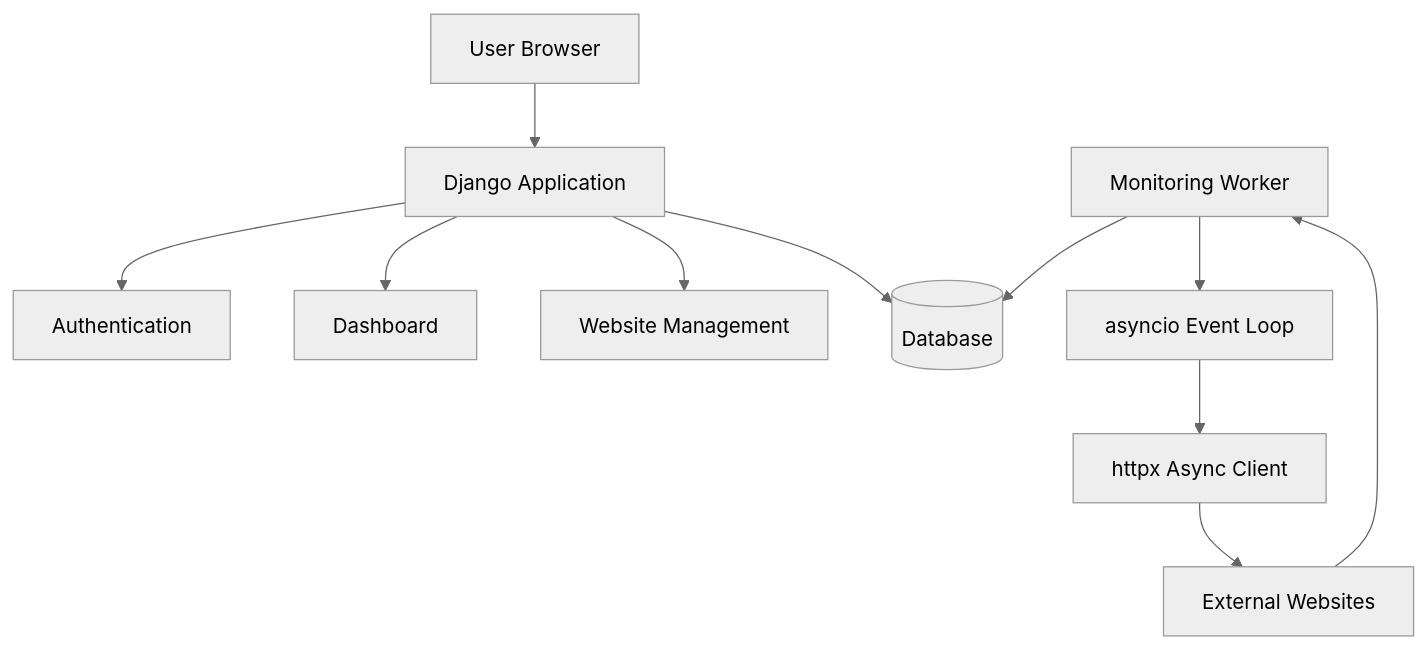
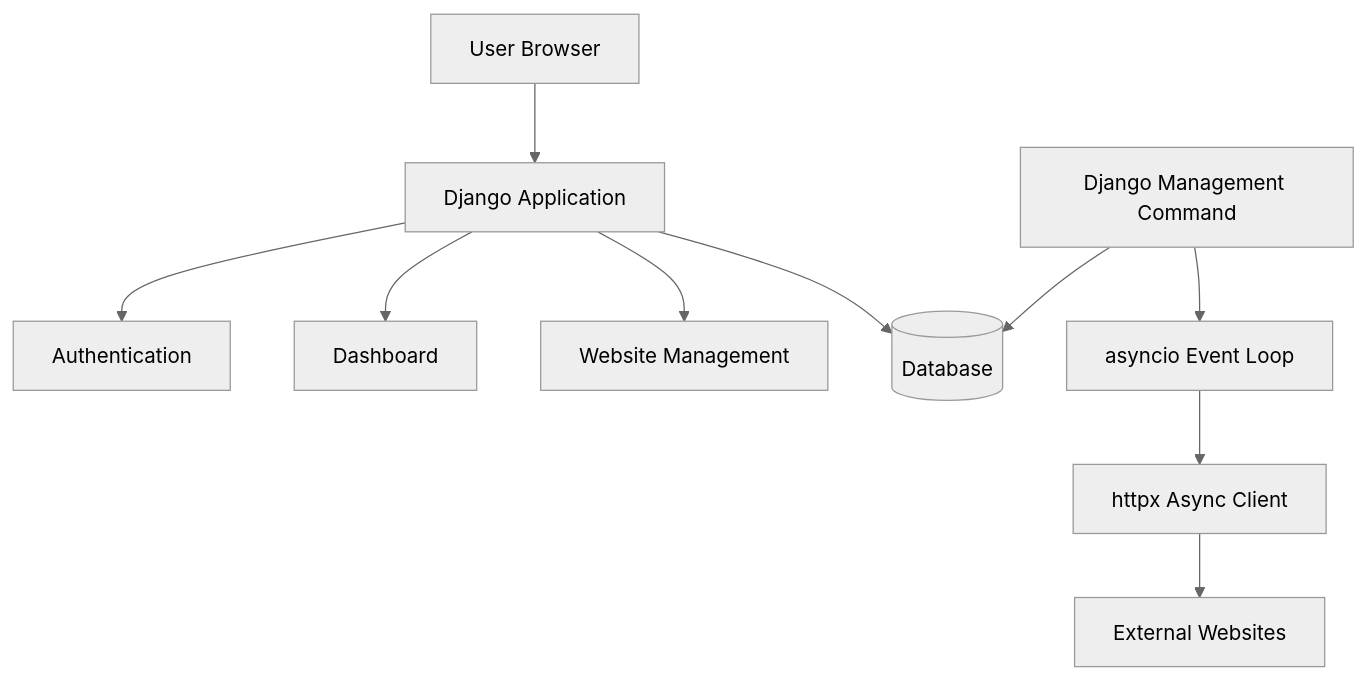
The first of 3 diagrams in README.md (iamNaman-official/PingRadar), drawn with Mermaid (neutral theme) before and after one commit. The commit also changed other lines of this file, not shown here.

````diff
--- a/README.md
+++ b/README.md
@@ -77,17 +110,18 @@
 ```mermaid
 flowchart TD
-    A[User Browser] --> B[Django Application]
-    
-    B --> C[Authentication]
-    B --> D[Dashboard]
-    B --> E[Website Management]
-    
-    B --> F[(Database)]
-    
-    G[Monitoring Worker] --> F
-    G --> H[asyncio Event Loop]
-    H --> I[httpx Async Client]
-    I --> J[External Websites]
-    
-    J --> G
+
+A[User Browser] --> B[Django Application]
+
+B --> C[Authentication]
+B --> D[Dashboard]
+B --> E[Website Management]
+
+B --> F[(Database)]
+
+G[Django Management Command]
+G --> H[asyncio Event Loop]
+H --> I[httpx Async Client]
+I --> J[External Websites]
+
+G --> F
 ```
````
